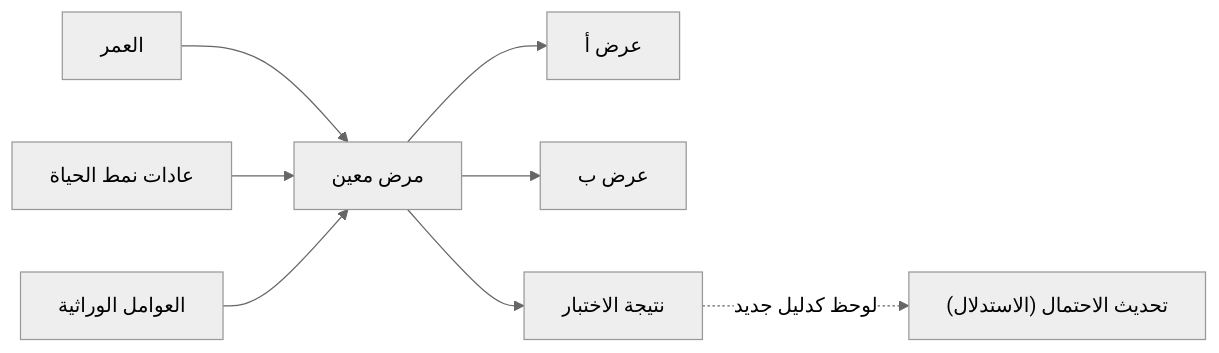
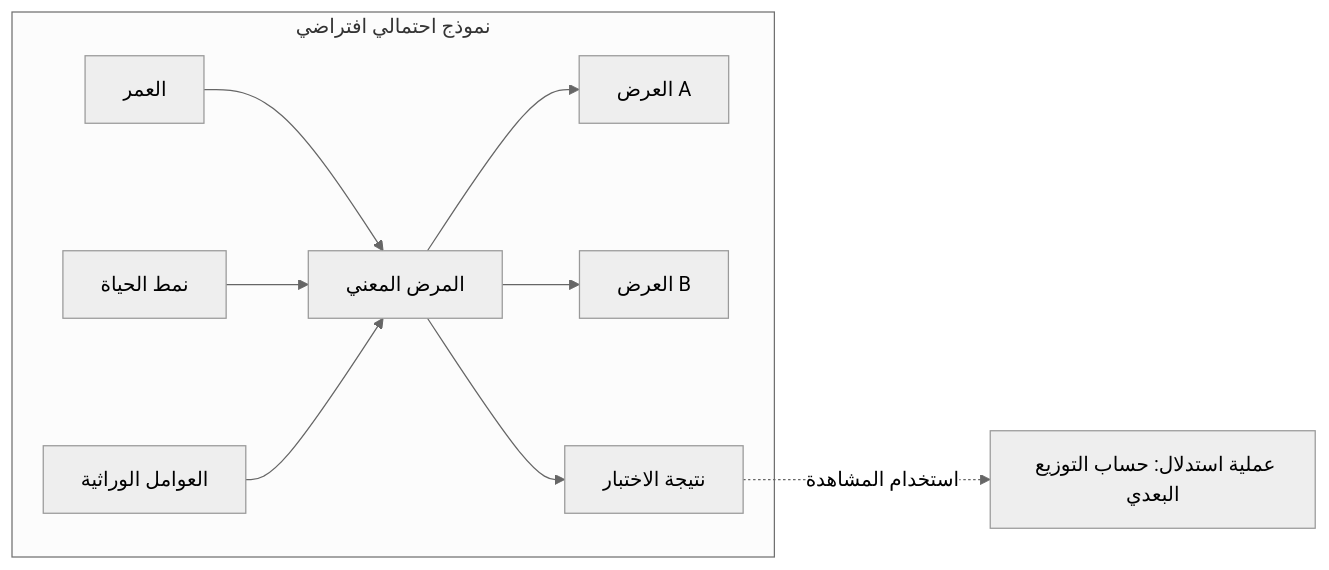
One commit to kenjinote/blog changed the second of 2 diagrams in content/post/bayes-theorem/index.ar.md. Above: the diagram before and after it, drawn with Mermaid (neutral theme). The commit also changed other lines of this file and 11 other files, not shown here.

````diff
--- a/content/post/bayes-theorem/index.ar.md
+++ b/content/post/bayes-theorem/index.ar.md
@@ -116,12 +162,12 @@
 ```mermaid
 flowchart LR
-    Age["العمر"] --> Disease["مرض معين"]
-    Lifestyle["عادات نمط الحياة"] --> Disease
-    Genes["العوامل الوراثية"] --> Disease
-    
-    Disease --> SymptomA["عرض أ"]
-    Disease --> SymptomB["عرض ب"]
-    Disease --> TestResult["نتيجة الاختبار"]
-    
-    TestResult -.->|"لوحظ كدليل جديد"| Update["تحديث الاحتمال (الاستدلال)"]
+    subgraph Model["نموذج احتمالي افتراضي"]
+        Age["العمر"] --> Disease["المرض المعني"]
+        Lifestyle["نمط الحياة"] --> Disease
+        Genes["العوامل الوراثية"] --> Disease
+        Disease --> SymptomA["العرض A"]
+        Disease --> SymptomB["العرض B"]
+        Disease --> TestResult["نتيجة الاختبار"]
+    end
+    TestResult -.->|"استخدام المشاهدة"| Inference["عملية استدلال: حساب التوزيع البعدي"]
 ```
````
